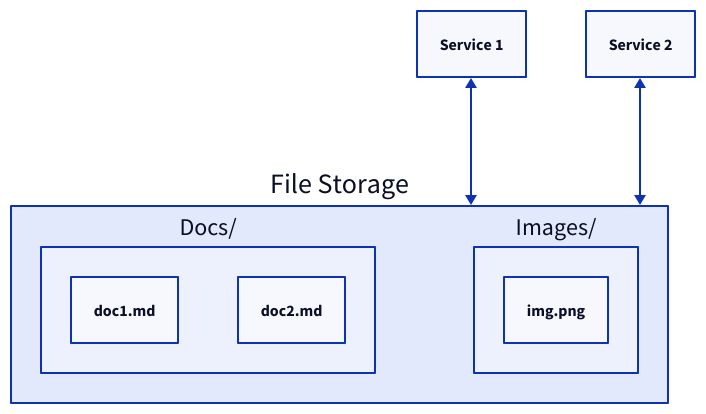
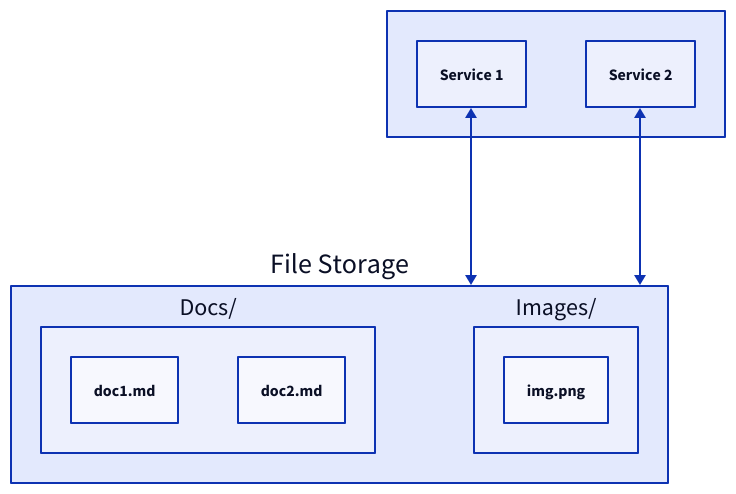
Before and after one commit to link1905/system-design-101: the first of 19 diagrams in content/docs/data-persistence/media-storage.md, drawn with D2. The commit also changed other lines of this file and 40 other files, not shown here.

````diff
--- a/content/docs/data-persistence/media-storage.md
+++ b/content/docs/data-persistence/media-storage.md
@@ -23,25 +24,28 @@
 ```d2
-s1: Service 1 {
-  class: server
+s: "" {
+  class: none
+  s1: Service 1 {
+    class: server
+  }
+  s2: Service 2 {
+    class: server
+  }
 }
 d1: File Storage {
   "Docs/" {
     "doc1.md" {
       class: file
     }
     "doc2.md" {
       class: file
     }
   }
   "Images/" {
     "img.png" {
       class: file
     }
   }
 }
-s2: Service 2 {
-  class: server
-}
-s1 <-> d1
-s2 <-> d1
+s.s1 <-> d1
+s.s2 <-> d1
 ```
````
